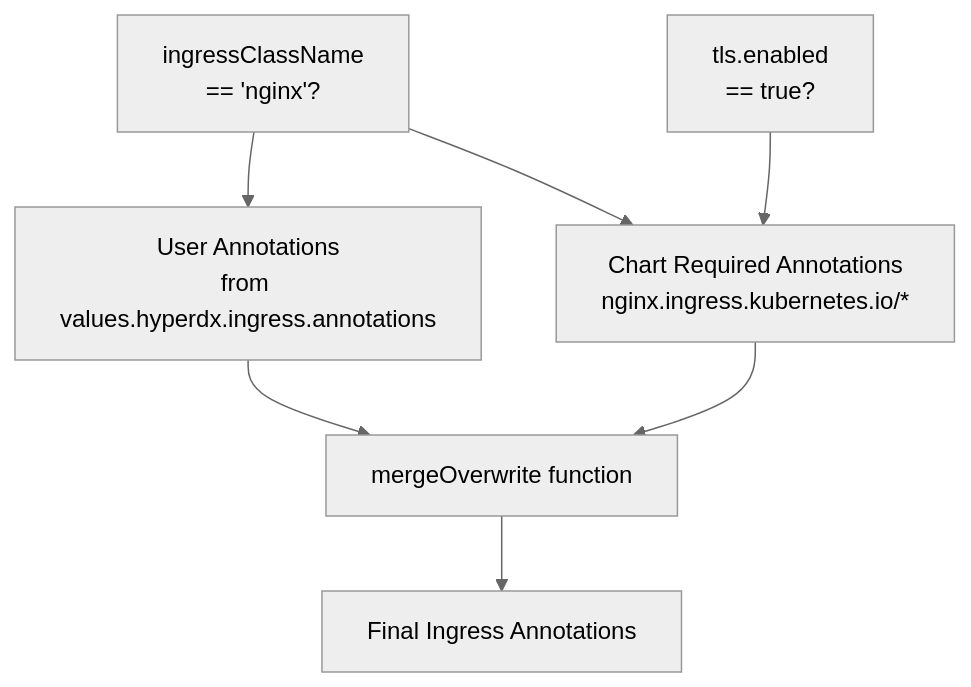
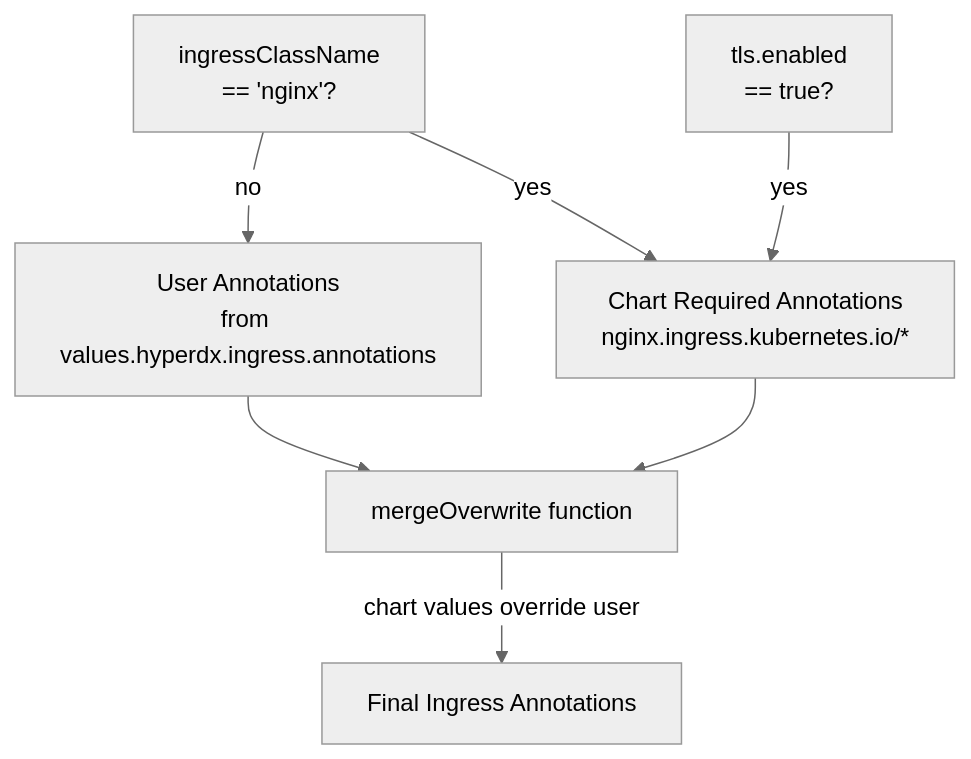
Before and after one commit to openchoreo/openchoreo: the third of 5 diagrams in docs/hyperdxio-helm-charts-docs/Ingress-and-External-Access.md, drawn with Mermaid (neutral theme). The commit also changed other lines of this file and 85 other files, not shown here.

Commit message:
feat: Add new workflow and specification templates, update Helm chart dependencies, and clarify documentation diagrams.

````diff
--- a/docs/hyperdxio-helm-charts-docs/Ingress-and-External-Access.md
+++ b/docs/hyperdxio-helm-charts-docs/Ingress-and-External-Access.md
@@ -230,17 +230,17 @@
 ```mermaid
 flowchart TD
 
 UserAnnotations["User Annotations<br>from values.hyperdx.ingress.annotations"]
 ChartAnnotations["Chart Required Annotations<br>nginx.ingress.kubernetes.io/*"]
 MergeFunction["mergeOverwrite function"]
 FinalAnnotations["Final Ingress Annotations"]
 IngressClassName["ingressClassName<br>== 'nginx'?"]
 TLSEnabled["tls.enabled<br>== true?"]
 
-IngressClassName --> ChartAnnotations
-IngressClassName --> UserAnnotations
-TLSEnabled --> ChartAnnotations
+IngressClassName -->|"yes"| ChartAnnotations
+IngressClassName -->|"no"| UserAnnotations
+TLSEnabled -->|"yes"| ChartAnnotations
 UserAnnotations --> MergeFunction
 ChartAnnotations --> MergeFunction
-MergeFunction --> FinalAnnotations
+MergeFunction -->|"chart values override user"| FinalAnnotations
 ```
````
